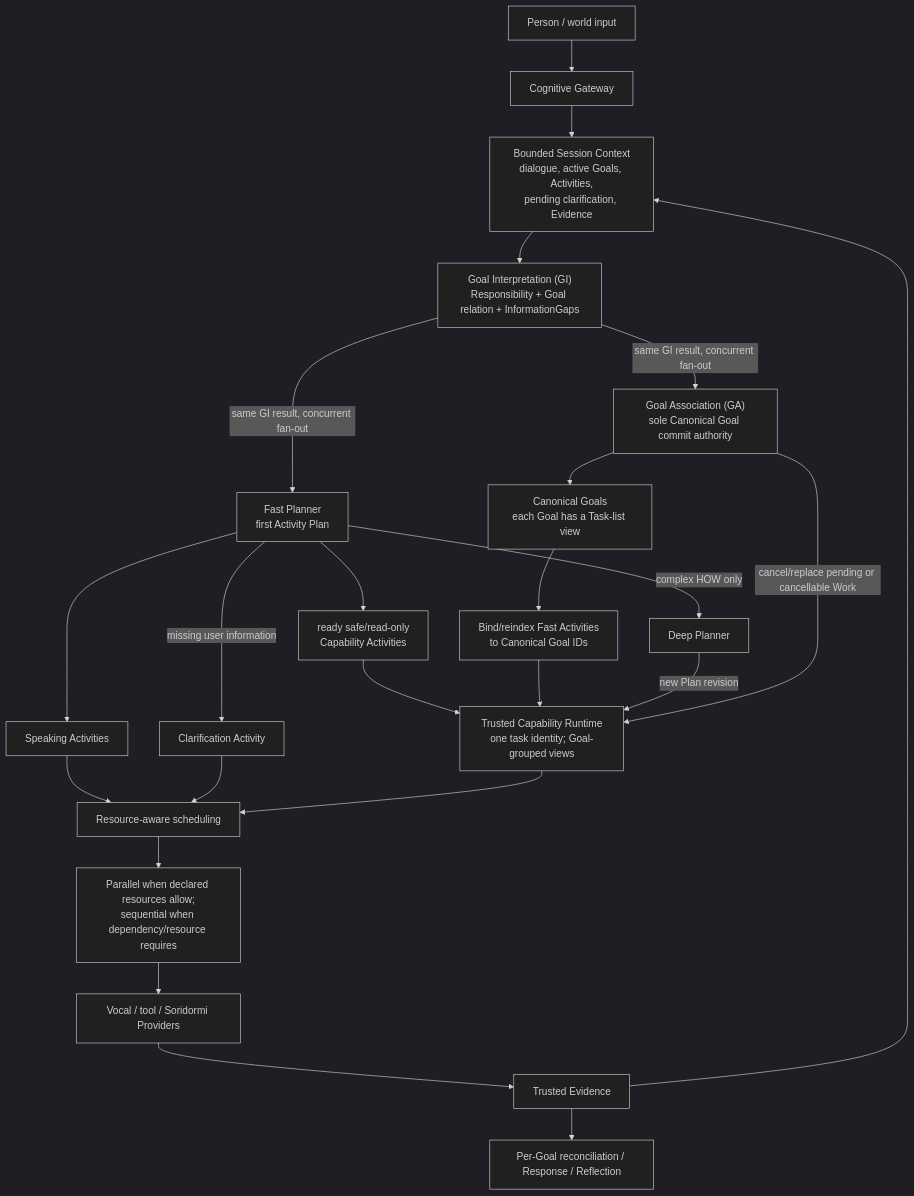
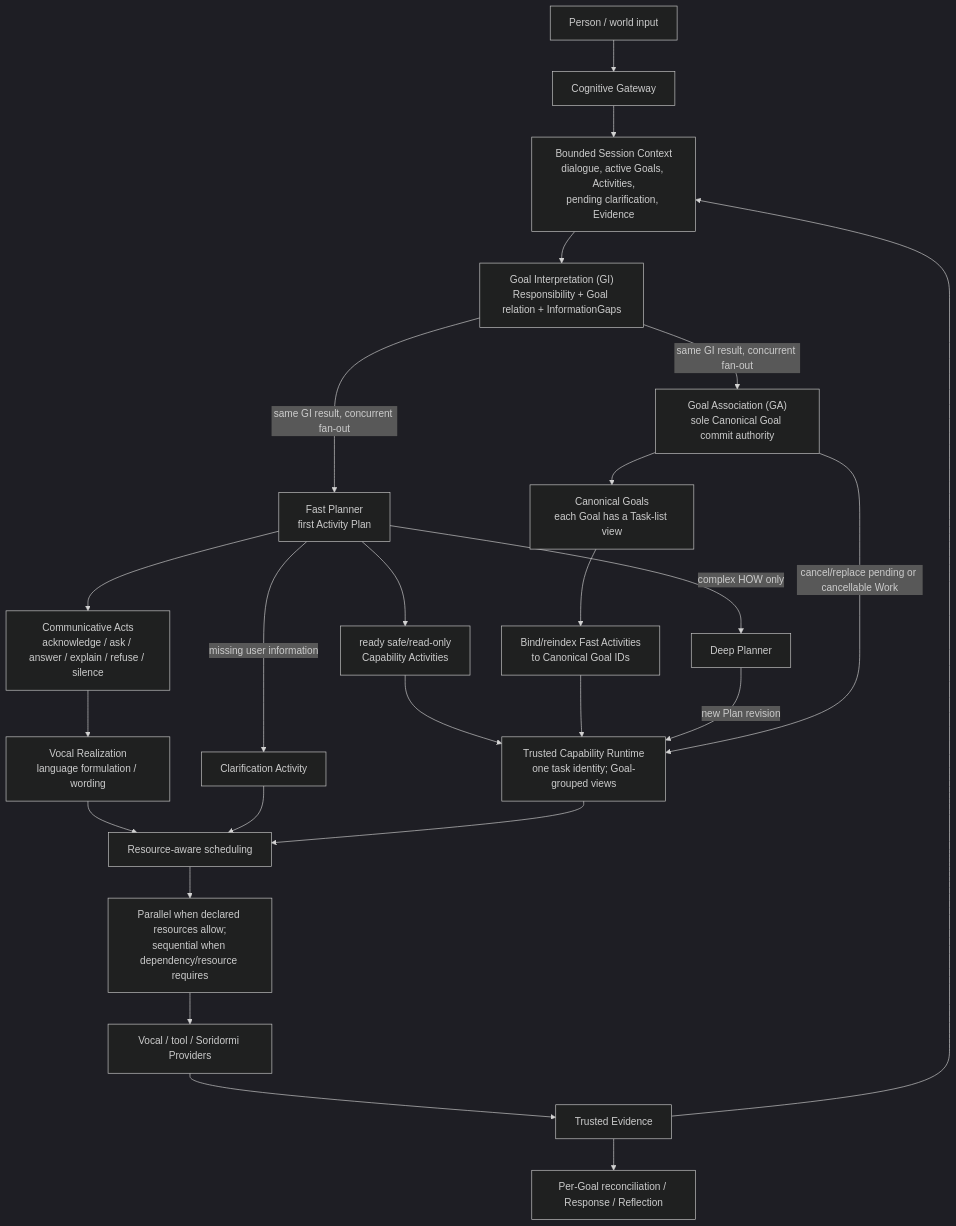
One commit to TimeTreker/chromie changed the diagram in docs/PROJECT_CHARTER.md. Above: the diagram before and after it, drawn with Mermaid (dark theme). The commit also changed other lines of this file and 29 other files, not shown here.

Commit message:
separate communicative acts from wording

````diff
--- a/docs/PROJECT_CHARTER.md
+++ b/docs/PROJECT_CHARTER.md
@@ -117,30 +117,31 @@
 ```mermaid
 flowchart TD
     U["Person / world input"] --> GW["Cognitive Gateway"]
     GW --> CTX["Bounded Session Context<br/>dialogue, active Goals, Activities,<br/>pending clarification, Evidence"]
     CTX --> GI["Goal Interpretation (GI)<br/>Responsibility + Goal relation + InformationGaps"]
 
     GI -->|"same GI result, concurrent fan-out"| FP["Fast Planner<br/>first Activity Plan"]
     GI -->|"same GI result, concurrent fan-out"| GA["Goal Association (GA)<br/>sole Canonical Goal commit authority"]
 
-    FP --> SPEAK["Speaking Activities"]
+    FP --> COMM["Communicative Acts<br/>acknowledge / ask / answer / explain / refuse / silence"]
     FP --> SAFE["ready safe/read-only<br/>Capability Activities"]
     FP -->|"complex HOW only"| DP["Deep Planner"]
     FP -->|"missing user information"| ASK["Clarification Activity"]
 
     GA --> GOALS["Canonical Goals<br/>each Goal has a Task-list view"]
     GOALS --> BIND["Bind/reindex Fast Activities<br/>to Canonical Goal IDs"]
     SAFE --> TCR["Trusted Capability Runtime<br/>one task identity; Goal-grouped views"]
     BIND --> TCR
     DP -->|"new Plan revision"| TCR
     GA -->|"cancel/replace pending or cancellable Work"| TCR
 
-    SPEAK --> ARB["Resource-aware scheduling"]
+    COMM --> WORDS["Vocal Realization<br/>language formulation / wording"]
+    WORDS --> ARB["Resource-aware scheduling"]
     ASK --> ARB
     TCR --> ARB
     ARB --> PAR["Parallel when declared resources allow;<br/>sequential when dependency/resource requires"]
     PAR --> PROVIDERS["Vocal / tool / Soridormi Providers"]
     PROVIDERS --> EVIDENCE["Trusted Evidence"]
     EVIDENCE --> CTX
     EVIDENCE --> RECON["Per-Goal reconciliation / Response / Reflection"]
 ```
````
